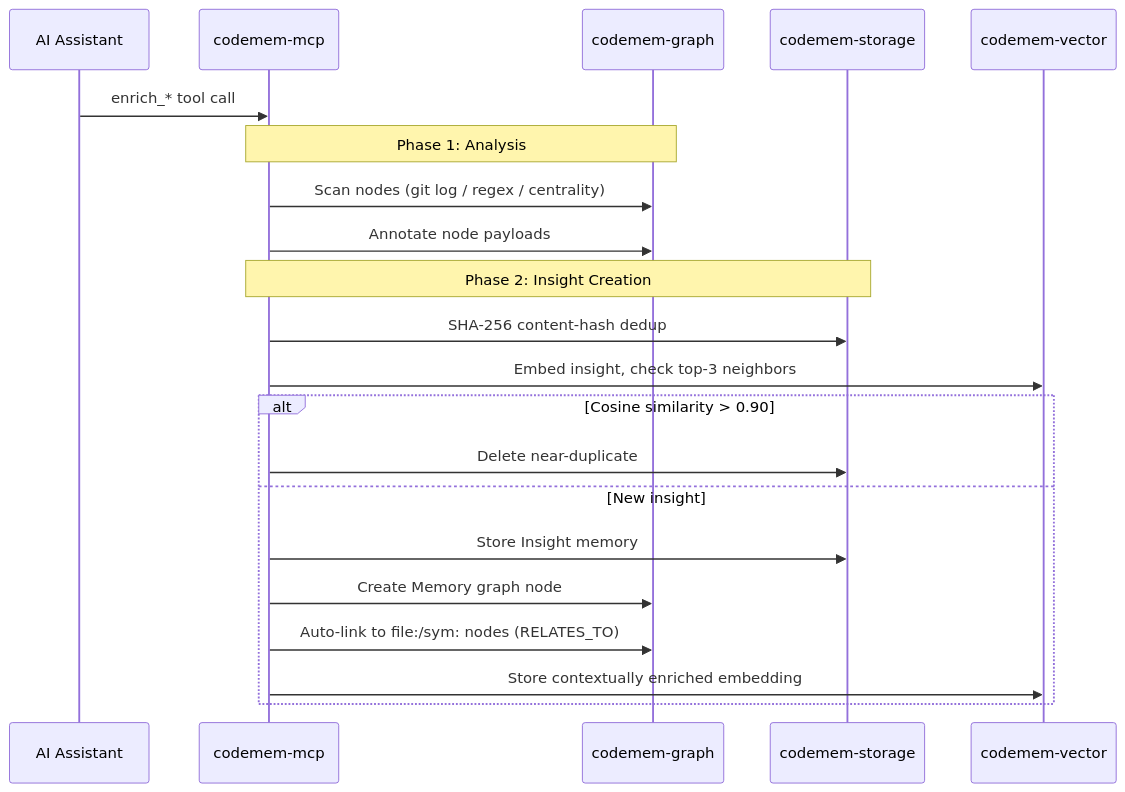
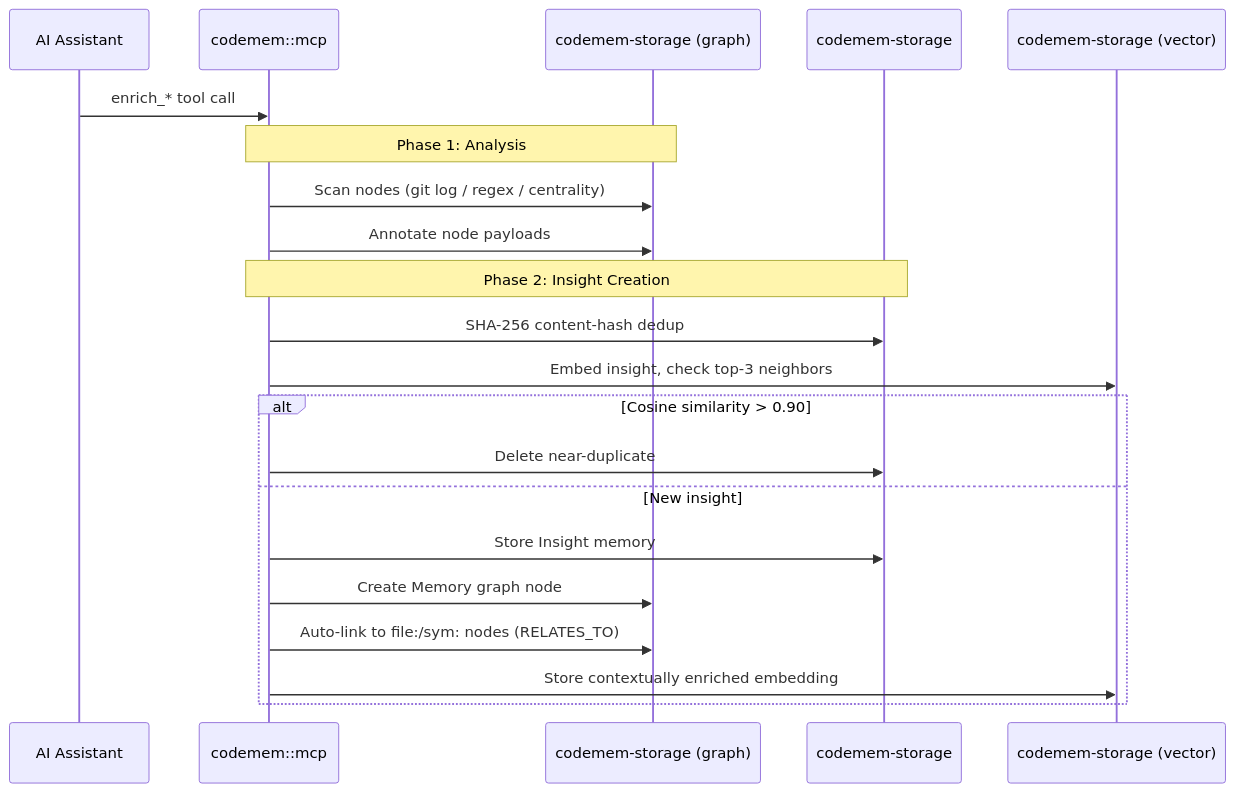
Before and after one commit to cogniplex/codemem: the tenth of 10 diagrams in docs/architecture.md, drawn with Mermaid. The commit also changed other lines of this file and 4 other files, not shown here.

````diff
--- a/docs/architecture.md
+++ b/docs/architecture.md
@@ -464,26 +445,26 @@
 ```mermaid
 sequenceDiagram
     participant AI as AI Assistant
-    participant MCP as codemem-mcp
-    participant Graph as codemem-graph
+    participant MCP as codemem::mcp
+    participant Graph as codemem-storage (graph)
     participant Store as codemem-storage
-    participant Vec as codemem-vector
+    participant Vec as codemem-storage (vector)
 
     AI->>MCP: enrich_* tool call
 
     Note over MCP,Graph: Phase 1: Analysis
     MCP->>Graph: Scan nodes (git log / regex / centrality)
     MCP->>Graph: Annotate node payloads
 
     Note over MCP,Store: Phase 2: Insight Creation
     MCP->>Store: SHA-256 content-hash dedup
     MCP->>Vec: Embed insight, check top-3 neighbors
     alt Cosine similarity > 0.90
         MCP->>Store: Delete near-duplicate
     else New insight
         MCP->>Store: Store Insight memory
         MCP->>Graph: Create Memory graph node
         MCP->>Graph: Auto-link to file:/sym: nodes (RELATES_TO)
         MCP->>Vec: Store contextually enriched embedding
     end
 ```
````
